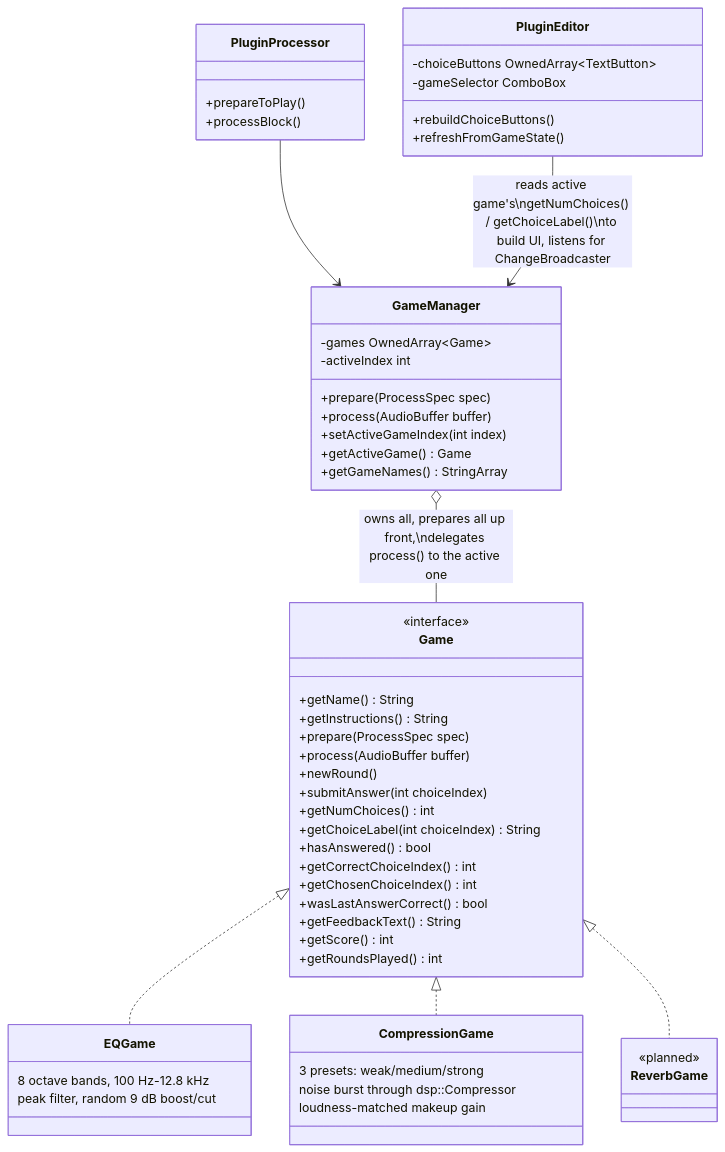
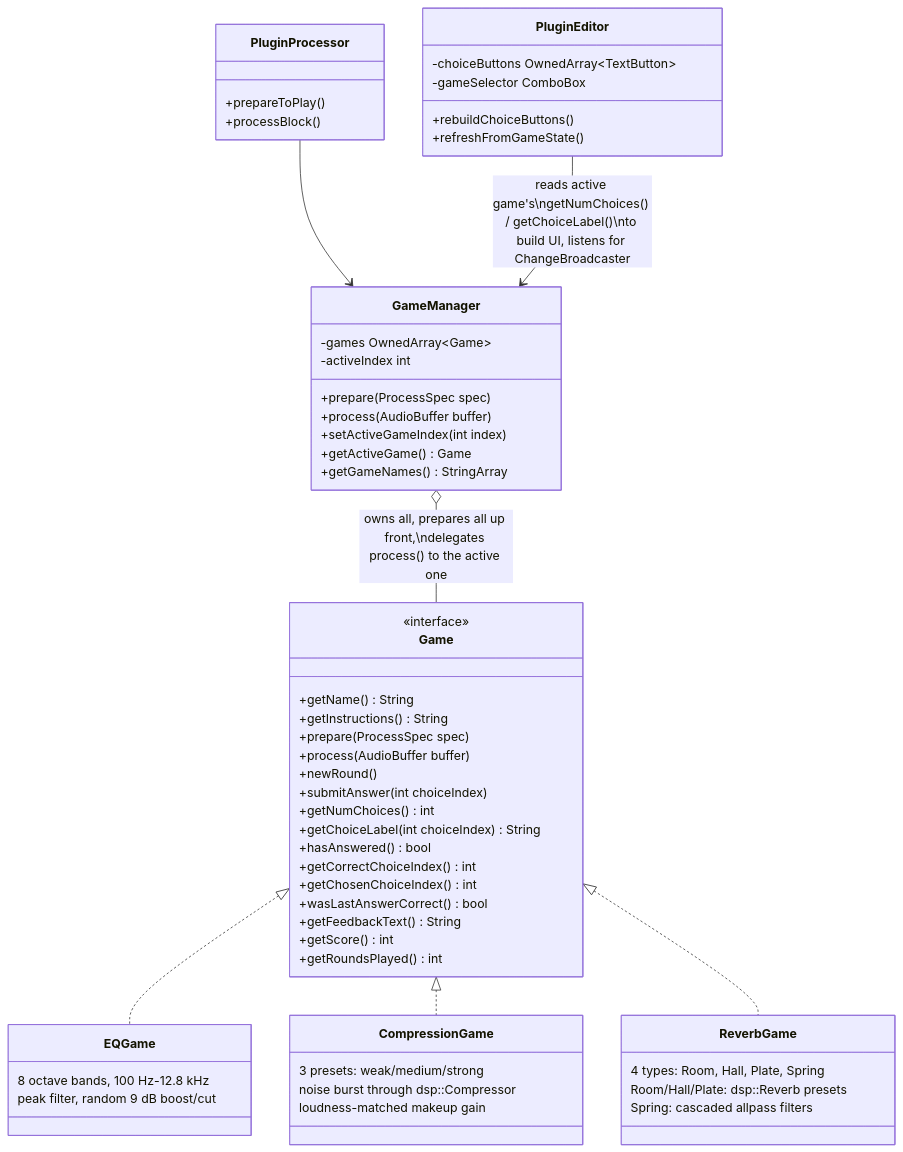
The diagram in docs/diagrams/game-engine.md (bogggare567/abcTrain), drawn with Mermaid before and after one commit. The commit also changed 12 other files, not shown here.

````diff
--- a/docs/diagrams/game-engine.md
+++ b/docs/diagrams/game-engine.md
@@ -8,67 +8,69 @@
 ```mermaid
 classDiagram
     class Game {
         <<interface>>
         +getName() String
         +getInstructions() String
         +prepare(ProcessSpec spec)
         +process(AudioBuffer buffer)
         +newRound()
         +submitAnswer(int choiceIndex)
         +getNumChoices() int
         +getChoiceLabel(int choiceIndex) String
         +hasAnswered() bool
         +getCorrectChoiceIndex() int
         +getChosenChoiceIndex() int
         +wasLastAnswerCorrect() bool
         +getFeedbackText() String
         +getScore() int
         +getRoundsPlayed() int
     }
 
     class EQGame {
         8 octave bands, 100 Hz-12.8 kHz
         peak filter, random 9 dB boost/cut
     }
 
     class CompressionGame {
         3 presets: weak/medium/strong
         noise burst through dsp::Compressor
         loudness-matched makeup gain
     }
 
     class ReverbGame {
-        <<planned>>
+        4 types: Room, Hall, Plate, Spring
+        Room/Hall/Plate: dsp::Reverb presets
+        Spring: cascaded allpass filters
     }
 
     Game <|.. EQGame
     Game <|.. CompressionGame
     Game <|.. ReverbGame
 
     class GameManager {
         -games OwnedArray~Game~
         -activeIndex int
         +prepare(ProcessSpec spec)
         +process(AudioBuffer buffer)
         +setActiveGameIndex(int index)
         +getActiveGame() Game
         +getGameNames() StringArray
     }
 
     GameManager o-- Game : owns all, prepares all up front,\ndelegates process() to the active one
 
     class PluginProcessor {
         +prepareToPlay()
         +processBlock()
     }
 
     class PluginEditor {
         -choiceButtons OwnedArray~TextButton~
         -gameSelector ComboBox
         +rebuildChoiceButtons()
         +refreshFromGameState()
     }
 
     PluginProcessor --> GameManager
     PluginEditor --> GameManager : reads active game's\ngetNumChoices() / getChoiceLabel()\nto build UI, listens for ChangeBroadcaster
 ```
````
